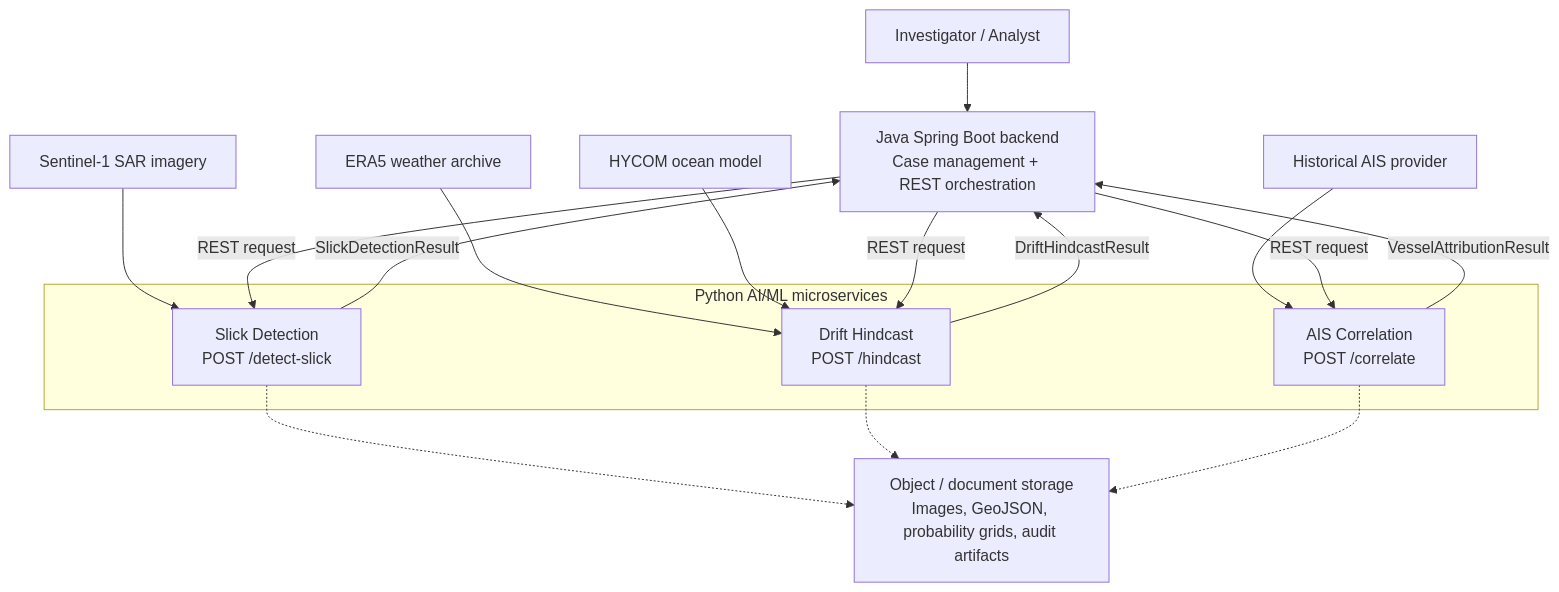
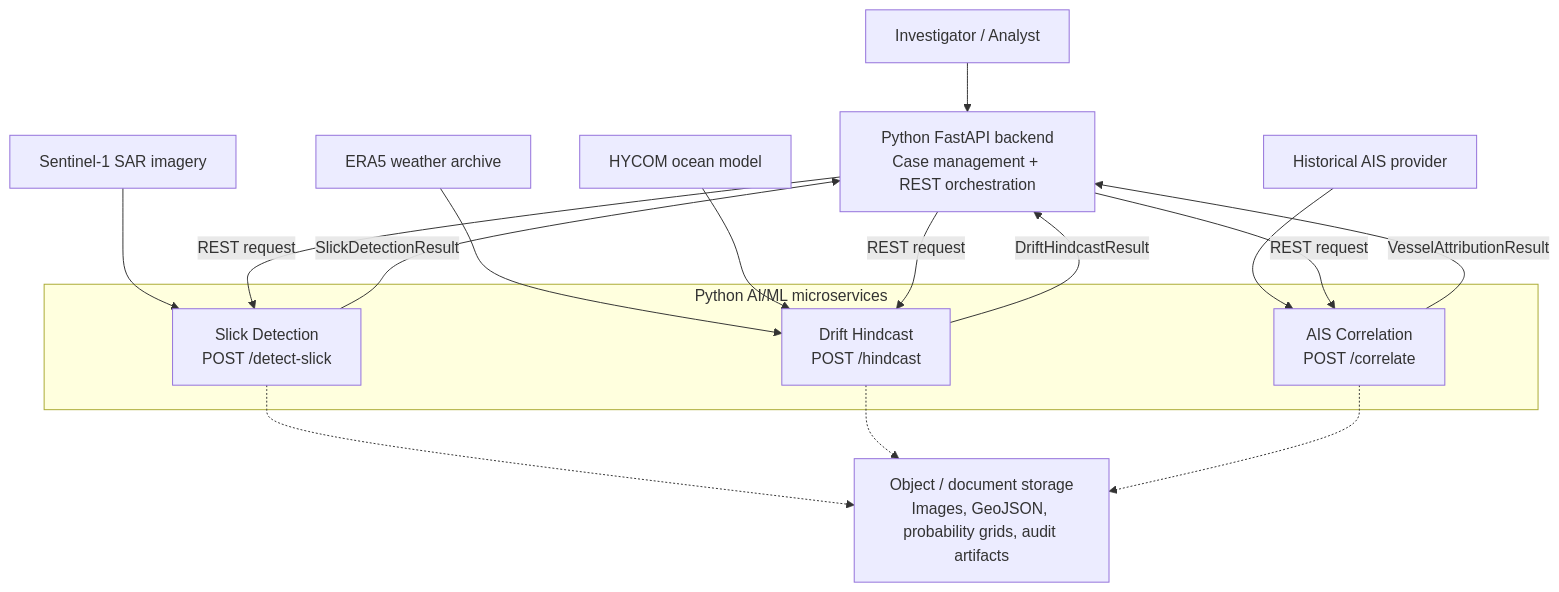
One commit to ankushkumar14092-dot/sih-architecture changed the second of 25 diagrams in ai-ml-maritime-oil-spill-architecture.md. Above: the diagram before and after it, drawn with Mermaid. The commit also changed other lines of this file and 1 other file, not shown here.

Commit message:
Document FastAPI architecture and implementation plan

````diff
--- a/ai-ml-maritime-oil-spill-architecture.md
+++ b/ai-ml-maritime-oil-spill-architecture.md
@@ -94,32 +94,32 @@
 ```mermaid
 flowchart TB
     OPERATOR["Investigator / Analyst"]
     SAT["Sentinel-1 SAR imagery"]
     WEATHER["ERA5 weather archive"]
     CURRENT["HYCOM ocean model"]
     AISDATA["Historical AIS provider"]
 
-    BACKEND["Java Spring Boot backend\nCase management + REST orchestration"]
+    BACKEND["Python FastAPI backend\nCase management + REST orchestration"]
 
     subgraph AI["Python AI/ML microservices"]
         DETECT["Slick Detection\nPOST /detect-slick"]
         HINDCAST["Drift Hindcast\nPOST /hindcast"]
         CORRELATE["AIS Correlation\nPOST /correlate"]
     end
 
     STORE["Object / document storage\nImages, GeoJSON, probability grids, audit artifacts"]
     OPERATOR --> BACKEND
     SAT --> DETECT
     WEATHER --> HINDCAST
     CURRENT --> HINDCAST
     AISDATA --> CORRELATE
     BACKEND -->|REST request| DETECT
     DETECT -->|SlickDetectionResult| BACKEND
     BACKEND -->|REST request| HINDCAST
     HINDCAST -->|DriftHindcastResult| BACKEND
     BACKEND -->|REST request| CORRELATE
     CORRELATE -->|VesselAttributionResult| BACKEND
     DETECT -.-> STORE
     HINDCAST -.-> STORE
     CORRELATE -.-> STORE
 ```
````
